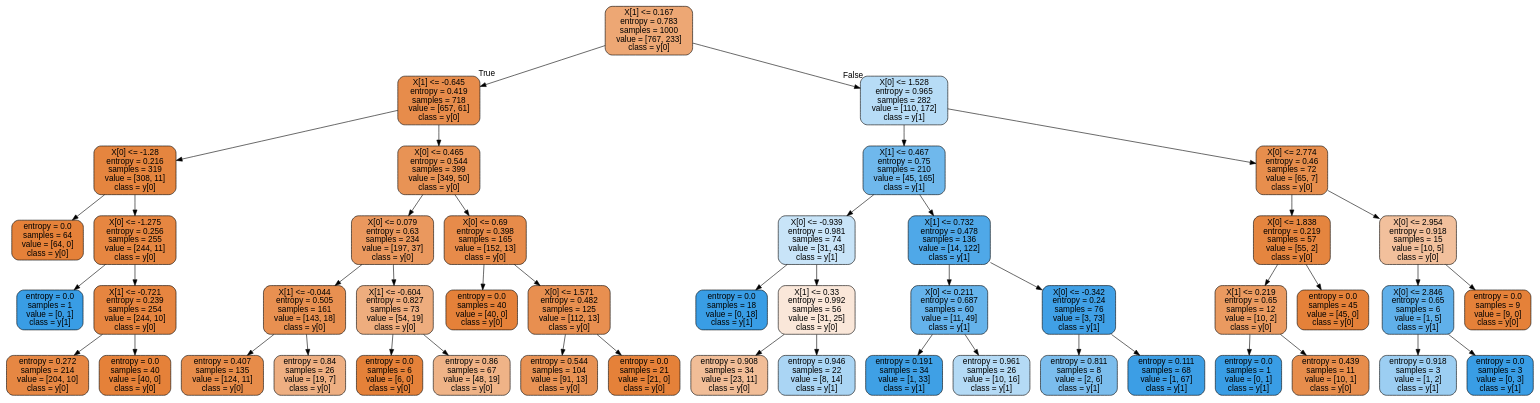
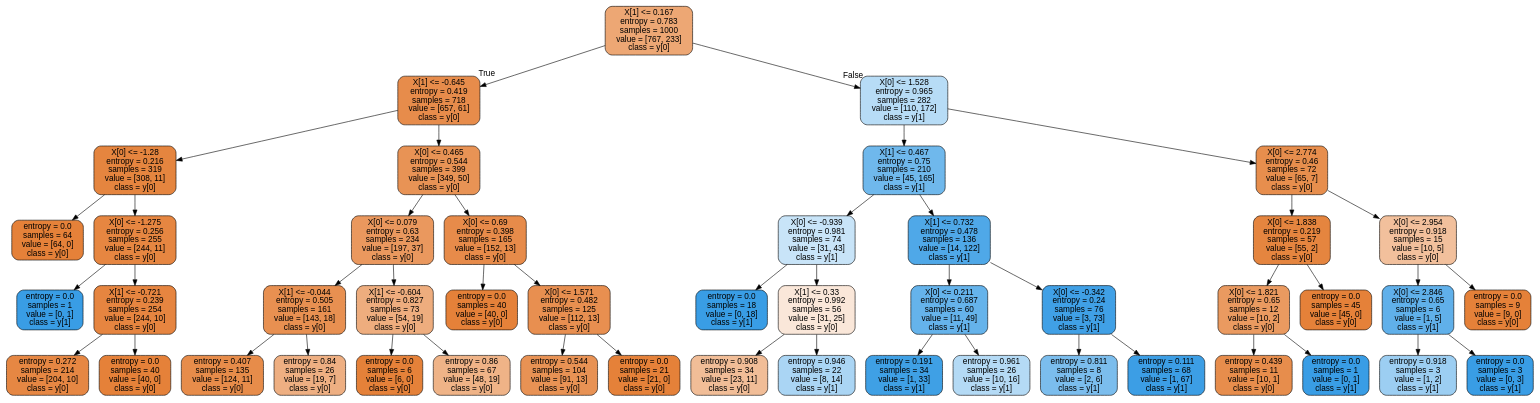
The diagram in moon_dataset.dot (ahadimuhsin/credit-card-fraud-detection), drawn with Graphviz before and after one commit. The commit also changed 35 other files, not shown here.

```diff
--- a/moon_dataset.dot
+++ b/moon_dataset.dot
@@ -1,97 +1,97 @@
 digraph Tree {
 node [shape=box, style="filled, rounded", color="black", fontname=helvetica] ;
 edge [fontname=helvetica] ;
 0 [label="X[1] <= 0.167\nentropy = 0.783\nsamples = 1000\nvalue = [767, 233]\nclass = y[0]", fillcolor="#e58139b2"] ;
 1 [label="X[1] <= -0.645\nentropy = 0.419\nsamples = 718\nvalue = [657, 61]\nclass = y[0]", fillcolor="#e58139e7"] ;
 0 -> 1 [labeldistance=2.5, labelangle=45, headlabel="True"] ;
 2 [label="X[0] <= -1.28\nentropy = 0.216\nsamples = 319\nvalue = [308, 11]\nclass = y[0]", fillcolor="#e58139f6"] ;
 1 -> 2 ;
 3 [label="entropy = 0.0\nsamples = 64\nvalue = [64, 0]\nclass = y[0]", fillcolor="#e58139ff"] ;
 2 -> 3 ;
 4 [label="X[0] <= -1.275\nentropy = 0.256\nsamples = 255\nvalue = [244, 11]\nclass = y[0]", fillcolor="#e58139f4"] ;
 2 -> 4 ;
 5 [label="entropy = 0.0\nsamples = 1\nvalue = [0, 1]\nclass = y[1]", fillcolor="#399de5ff"] ;
 4 -> 5 ;
 6 [label="X[1] <= -0.721\nentropy = 0.239\nsamples = 254\nvalue = [244, 10]\nclass = y[0]", fillcolor="#e58139f5"] ;
 4 -> 6 ;
 7 [label="entropy = 0.272\nsamples = 214\nvalue = [204, 10]\nclass = y[0]", fillcolor="#e58139f2"] ;
 6 -> 7 ;
 8 [label="entropy = 0.0\nsamples = 40\nvalue = [40, 0]\nclass = y[0]", fillcolor="#e58139ff"] ;
 6 -> 8 ;
 9 [label="X[0] <= 0.465\nentropy = 0.544\nsamples = 399\nvalue = [349, 50]\nclass = y[0]", fillcolor="#e58139da"] ;
 1 -> 9 ;
 10 [label="X[0] <= 0.079\nentropy = 0.63\nsamples = 234\nvalue = [197, 37]\nclass = y[0]", fillcolor="#e58139cf"] ;
 9 -> 10 ;
 11 [label="X[1] <= -0.044\nentropy = 0.505\nsamples = 161\nvalue = [143, 18]\nclass = y[0]", fillcolor="#e58139df"] ;
 10 -> 11 ;
 12 [label="entropy = 0.407\nsamples = 135\nvalue = [124, 11]\nclass = y[0]", fillcolor="#e58139e8"] ;
 11 -> 12 ;
 13 [label="entropy = 0.84\nsamples = 26\nvalue = [19, 7]\nclass = y[0]", fillcolor="#e58139a1"] ;
 11 -> 13 ;
 14 [label="X[1] <= -0.604\nentropy = 0.827\nsamples = 73\nvalue = [54, 19]\nclass = y[0]", fillcolor="#e58139a5"] ;
 10 -> 14 ;
 15 [label="entropy = 0.0\nsamples = 6\nvalue = [6, 0]\nclass = y[0]", fillcolor="#e58139ff"] ;
 14 -> 15 ;
 16 [label="entropy = 0.86\nsamples = 67\nvalue = [48, 19]\nclass = y[0]", fillcolor="#e581399a"] ;
 14 -> 16 ;
 17 [label="X[0] <= 0.69\nentropy = 0.398\nsamples = 165\nvalue = [152, 13]\nclass = y[0]", fillcolor="#e58139e9"] ;
 9 -> 17 ;
 18 [label="entropy = 0.0\nsamples = 40\nvalue = [40, 0]\nclass = y[0]", fillcolor="#e58139ff"] ;
 17 -> 18 ;
 19 [label="X[0] <= 1.571\nentropy = 0.482\nsamples = 125\nvalue = [112, 13]\nclass = y[0]", fillcolor="#e58139e1"] ;
 17 -> 19 ;
 20 [label="entropy = 0.544\nsamples = 104\nvalue = [91, 13]\nclass = y[0]", fillcolor="#e58139db"] ;
 19 -> 20 ;
 21 [label="entropy = 0.0\nsamples = 21\nvalue = [21, 0]\nclass = y[0]", fillcolor="#e58139ff"] ;
 19 -> 21 ;
 22 [label="X[0] <= 1.528\nentropy = 0.965\nsamples = 282\nvalue = [110, 172]\nclass = y[1]", fillcolor="#399de55c"] ;
 0 -> 22 [labeldistance=2.5, labelangle=-45, headlabel="False"] ;
 23 [label="X[1] <= 0.467\nentropy = 0.75\nsamples = 210\nvalue = [45, 165]\nclass = y[1]", fillcolor="#399de5b9"] ;
 22 -> 23 ;
 24 [label="X[0] <= -0.939\nentropy = 0.981\nsamples = 74\nvalue = [31, 43]\nclass = y[1]", fillcolor="#399de547"] ;
 23 -> 24 ;
 25 [label="entropy = 0.0\nsamples = 18\nvalue = [0, 18]\nclass = y[1]", fillcolor="#399de5ff"] ;
 24 -> 25 ;
 26 [label="X[1] <= 0.33\nentropy = 0.992\nsamples = 56\nvalue = [31, 25]\nclass = y[0]", fillcolor="#e5813931"] ;
 24 -> 26 ;
 27 [label="entropy = 0.908\nsamples = 34\nvalue = [23, 11]\nclass = y[0]", fillcolor="#e5813985"] ;
 26 -> 27 ;
 28 [label="entropy = 0.946\nsamples = 22\nvalue = [8, 14]\nclass = y[1]", fillcolor="#399de56d"] ;
 26 -> 28 ;
 29 [label="X[1] <= 0.732\nentropy = 0.478\nsamples = 136\nvalue = [14, 122]\nclass = y[1]", fillcolor="#399de5e2"] ;
 23 -> 29 ;
 30 [label="X[0] <= 0.211\nentropy = 0.687\nsamples = 60\nvalue = [11, 49]\nclass = y[1]", fillcolor="#399de5c6"] ;
 29 -> 30 ;
 31 [label="entropy = 0.191\nsamples = 34\nvalue = [1, 33]\nclass = y[1]", fillcolor="#399de5f7"] ;
 30 -> 31 ;
 32 [label="entropy = 0.961\nsamples = 26\nvalue = [10, 16]\nclass = y[1]", fillcolor="#399de560"] ;
 30 -> 32 ;
 33 [label="X[0] <= -0.342\nentropy = 0.24\nsamples = 76\nvalue = [3, 73]\nclass = y[1]", fillcolor="#399de5f5"] ;
 29 -> 33 ;
 34 [label="entropy = 0.811\nsamples = 8\nvalue = [2, 6]\nclass = y[1]", fillcolor="#399de5aa"] ;
 33 -> 34 ;
 35 [label="entropy = 0.111\nsamples = 68\nvalue = [1, 67]\nclass = y[1]", fillcolor="#399de5fb"] ;
 33 -> 35 ;
 36 [label="X[0] <= 2.774\nentropy = 0.46\nsamples = 72\nvalue = [65, 7]\nclass = y[0]", fillcolor="#e58139e4"] ;
 22 -> 36 ;
 37 [label="X[0] <= 1.838\nentropy = 0.219\nsamples = 57\nvalue = [55, 2]\nclass = y[0]", fillcolor="#e58139f6"] ;
 36 -> 37 ;
-38 [label="X[1] <= 0.219\nentropy = 0.65\nsamples = 12\nvalue = [10, 2]\nclass = y[0]", fillcolor="#e58139cc"] ;
+38 [label="X[0] <= 1.821\nentropy = 0.65\nsamples = 12\nvalue = [10, 2]\nclass = y[0]", fillcolor="#e58139cc"] ;
 37 -> 38 ;
-39 [label="entropy = 0.0\nsamples = 1\nvalue = [0, 1]\nclass = y[1]", fillcolor="#399de5ff"] ;
+39 [label="entropy = 0.439\nsamples = 11\nvalue = [10, 1]\nclass = y[0]", fillcolor="#e58139e6"] ;
 38 -> 39 ;
-40 [label="entropy = 0.439\nsamples = 11\nvalue = [10, 1]\nclass = y[0]", fillcolor="#e58139e6"] ;
+40 [label="entropy = 0.0\nsamples = 1\nvalue = [0, 1]\nclass = y[1]", fillcolor="#399de5ff"] ;
 38 -> 40 ;
 41 [label="entropy = 0.0\nsamples = 45\nvalue = [45, 0]\nclass = y[0]", fillcolor="#e58139ff"] ;
 37 -> 41 ;
 42 [label="X[0] <= 2.954\nentropy = 0.918\nsamples = 15\nvalue = [10, 5]\nclass = y[0]", fillcolor="#e581397f"] ;
 36 -> 42 ;
 43 [label="X[0] <= 2.846\nentropy = 0.65\nsamples = 6\nvalue = [1, 5]\nclass = y[1]", fillcolor="#399de5cc"] ;
 42 -> 43 ;
 44 [label="entropy = 0.918\nsamples = 3\nvalue = [1, 2]\nclass = y[1]", fillcolor="#399de57f"] ;
 43 -> 44 ;
 45 [label="entropy = 0.0\nsamples = 3\nvalue = [0, 3]\nclass = y[1]", fillcolor="#399de5ff"] ;
 43 -> 45 ;
 46 [label="entropy = 0.0\nsamples = 9\nvalue = [9, 0]\nclass = y[0]", fillcolor="#e58139ff"] ;
 42 -> 46 ;
 }
```
